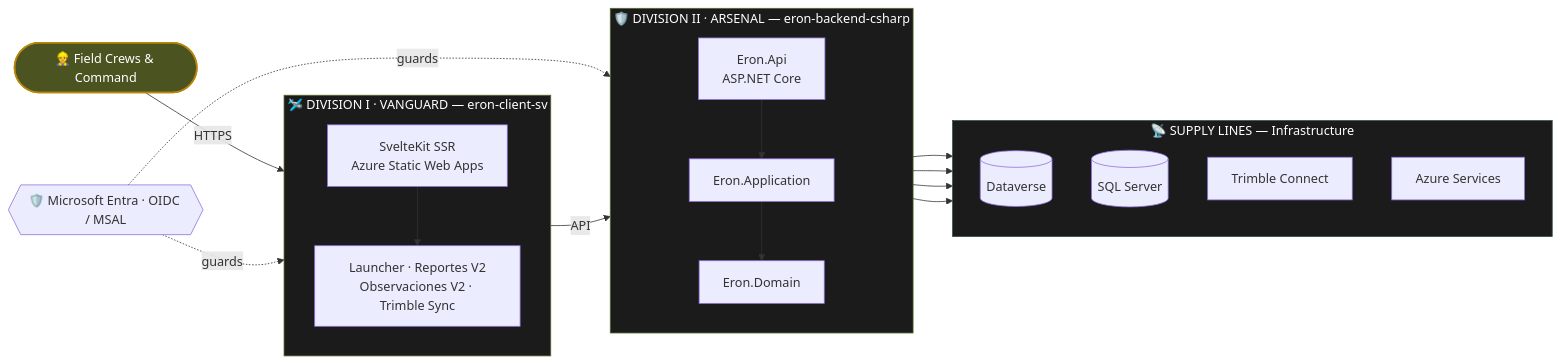
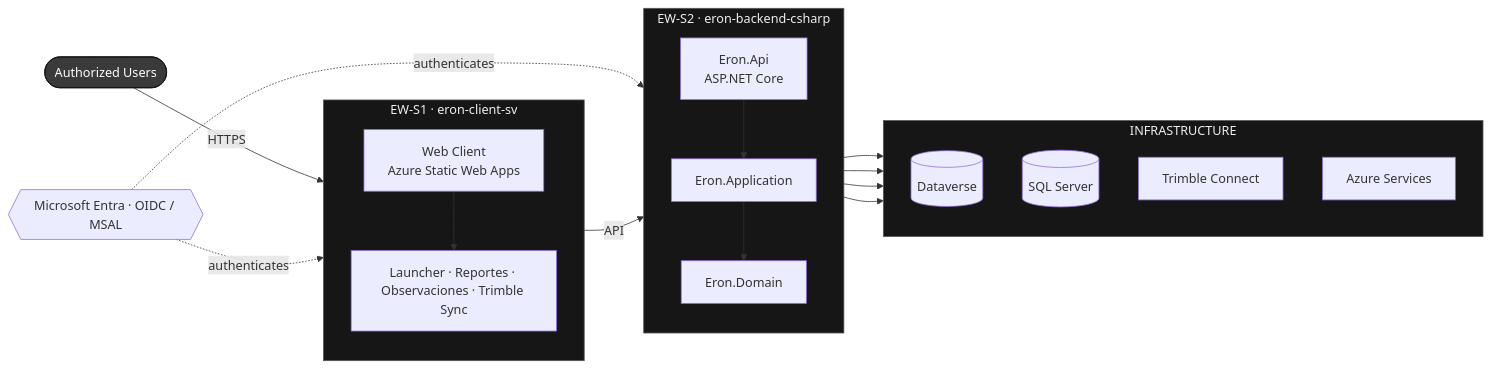
One commit to Eron-World/.github changed the diagram in profile/README.md. Above: the diagram before and after it, drawn with Mermaid. The commit also changed other lines of this file, not shown here.

````diff
--- a/profile/README.md
+++ b/profile/README.md
@@ -144,40 +138,40 @@
 ```mermaid
 flowchart LR
-    crews(["👷 Field Crews &amp; Command"]):::ops
+    users(["Authorized Users"]):::ext
 
-    subgraph FRONT["🛩️ DIVISION I · VANGUARD — eron-client-sv"]
+    subgraph S1["EW-S1 · eron-client-sv"]
         direction TB
-        swa["SvelteKit SSR<br/>Azure Static Web Apps"]
-        ui["Launcher · Reportes V2<br/>Observaciones V2 · Trimble Sync"]
-        swa --> ui
+        swa["Web Client<br/>Azure Static Web Apps"]
+        surf["Launcher · Reportes · Observaciones · Trimble Sync"]
+        swa --> surf
     end
 
-    subgraph CORE["🛡️ DIVISION II · ARSENAL — eron-backend-csharp"]
+    subgraph S2["EW-S2 · eron-backend-csharp"]
         direction TB
         api["Eron.Api<br/>ASP.NET Core"]
         app["Eron.Application"]
         dom["Eron.Domain"]
         api --> app --> dom
     end
 
-    subgraph SUPPLY["📡 SUPPLY LINES — Infrastructure"]
+    subgraph INFRA["INFRASTRUCTURE"]
         direction TB
         dv[("Dataverse")]
         sql[("SQL Server")]
         tc["Trimble Connect"]
         az["Azure Services"]
     end
 
-    entra{{"🛡️ Microsoft Entra · OIDC / MSAL"}}
+    idp{{"Microsoft Entra · OIDC / MSAL"}}
 
-    crews -->|HTTPS| swa
-    ui -->|API| api
+    users -->|HTTPS| swa
+    surf -->|API| api
     app --> dv & sql & tc & az
-    entra -. guards .-> swa
-    entra -. guards .-> api
+    idp -. authenticates .-> swa
+    idp -. authenticates .-> api
 
-    classDef ops fill:#4b5320,stroke:#b8860b,color:#ffffff,stroke-width:2px;
-    style FRONT fill:#1b1b1b,stroke:#556b2f,color:#fff
-    style CORE fill:#1b1b1b,stroke:#556b2f,color:#fff
-    style SUPPLY fill:#1b1b1b,stroke:#2f4f4f,color:#fff
+    classDef ext fill:#3a3a3a,stroke:#111,color:#fff;
+    style S1 fill:#161616,stroke:#555,color:#eee
+    style S2 fill:#161616,stroke:#555,color:#eee
+    style INFRA fill:#161616,stroke:#555,color:#eee
 ```
````
